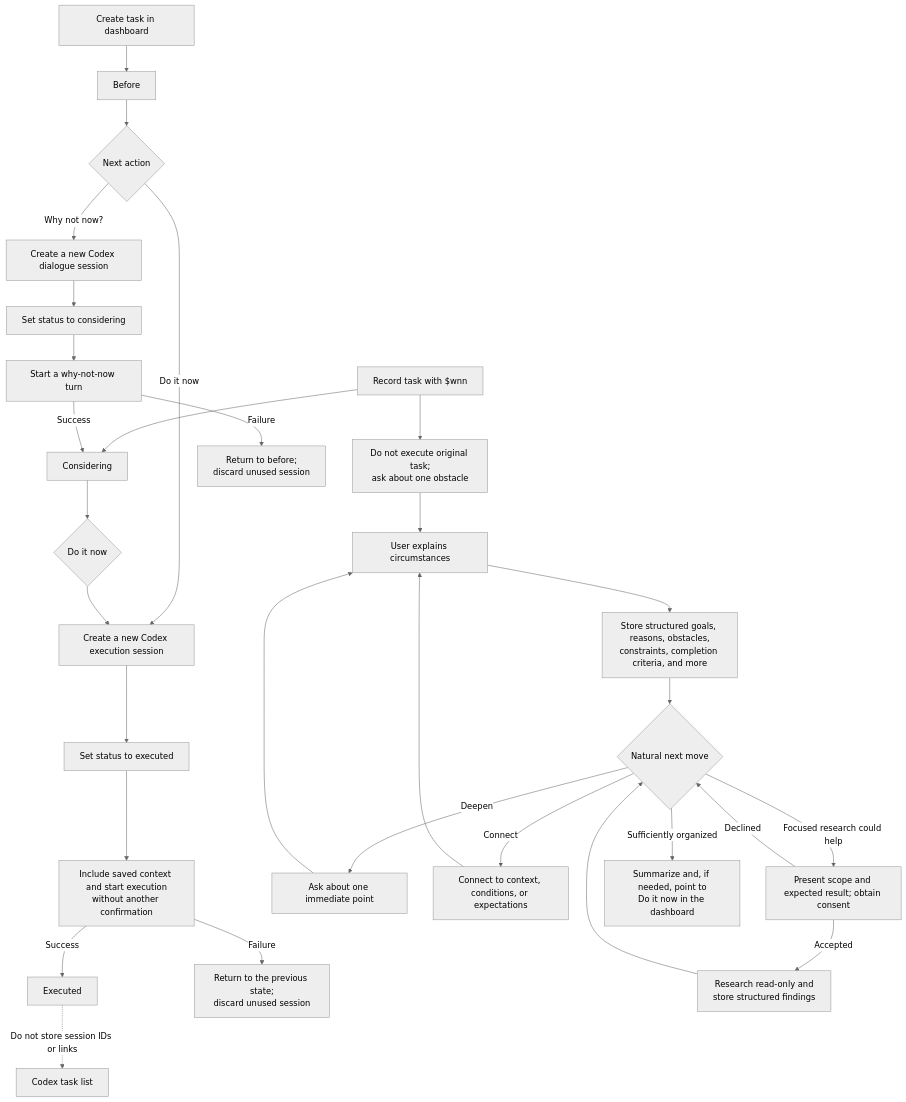
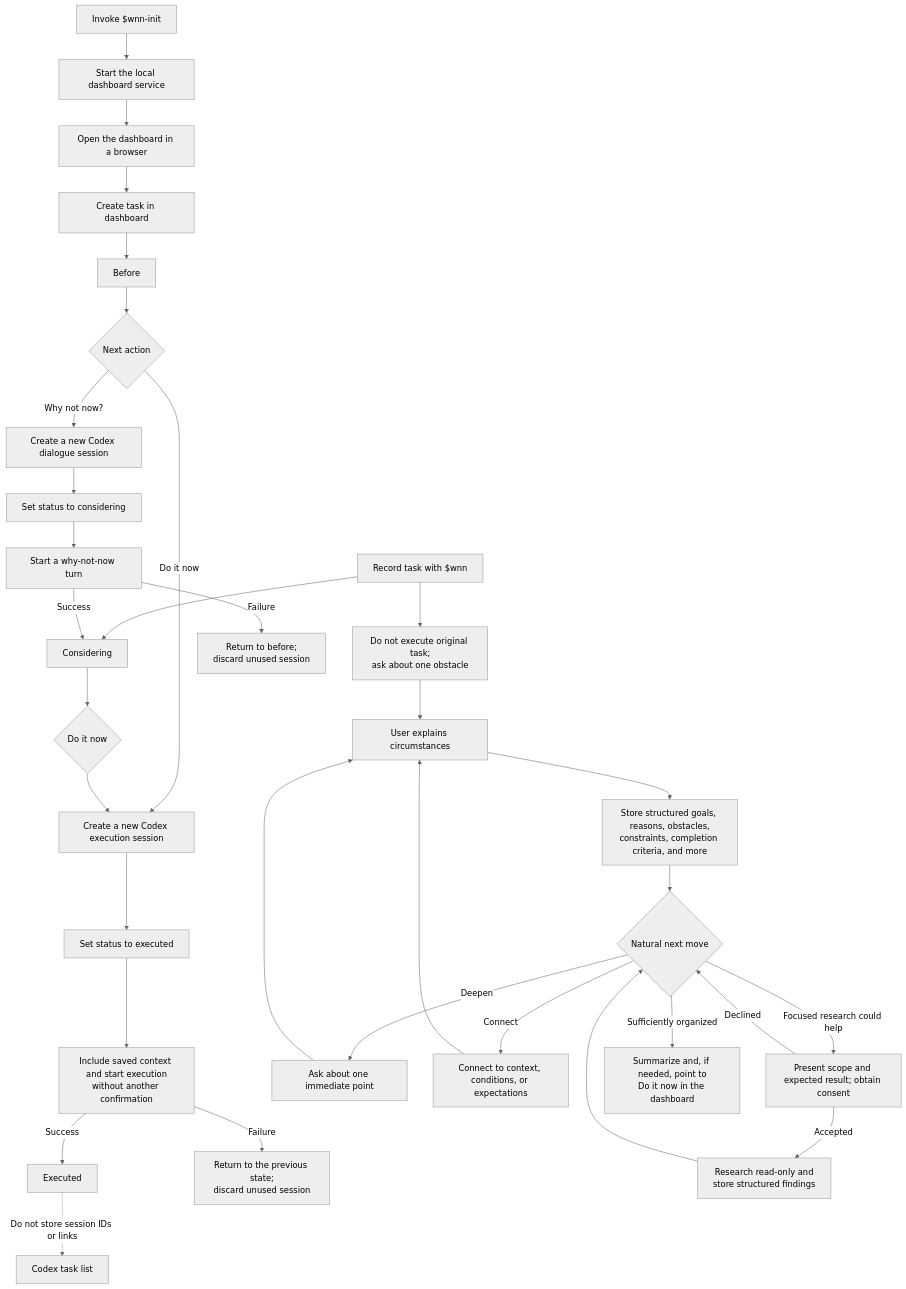
Before and after one commit to Ghaos/WhyNotNow: the diagram in docs/en/dialogue-flowchart.md, drawn with Mermaid (neutral theme). The commit also changed 7 other files, not shown here.

````diff
--- a/docs/en/dialogue-flowchart.md
+++ b/docs/en/dialogue-flowchart.md
@@ -5,36 +5,39 @@
 ```mermaid
 flowchart TD
+    Z["Invoke $wnn-init"] --> ZA["Start the local dashboard service"]
+    ZA --> ZB["Open the dashboard in a browser"]
+    ZB --> A
     A["Create task in dashboard"] --> B["Before"]
     C["Record task with $wnn"] --> D["Considering"]
     C --> Q["Do not execute original task;<br/>ask about one obstacle"]
 
     B --> E{"Next action"}
     E -->|"Why not now?"| F["Create a new Codex dialogue session"]
     F --> G["Set status to considering"]
     G --> H["Start a why-not-now turn"]
     H -->|"Success"| D
     H -->|"Failure"| R1["Return to before;<br/>discard unused session"]
 
     E -->|"Do it now"| I["Create a new Codex execution session"]
     D --> J{"Do it now"}
     J --> I
     I --> K["Set status to executed"]
     K --> L["Include saved context and start execution<br/>without another confirmation"]
     L -->|"Success"| M["Executed"]
     L -->|"Failure"| R2["Return to the previous state;<br/>discard unused session"]
 
     Q --> N["User explains circumstances"]
     N --> O["Store structured goals, reasons, obstacles,<br/>constraints, completion criteria, and more"]
     O --> P{"Natural next move"}
     P -->|"Deepen"| Q2["Ask about one immediate point"]
     Q2 --> N
     P -->|"Connect"| Q3["Connect to context, conditions, or expectations"]
     Q3 --> N
     P -->|"Focused research could help"| S["Present scope and expected result; obtain consent"]
     S -->|"Accepted"| T["Research read-only and<br/>store structured findings"]
     T --> P
     S -->|"Declined"| P
     P -->|"Sufficiently organized"| U["Summarize and, if needed, point to<br/>Do it now in the dashboard"]
 
     M -. "Do not store session IDs or links" .-> V["Codex task list"]
 ```
````
